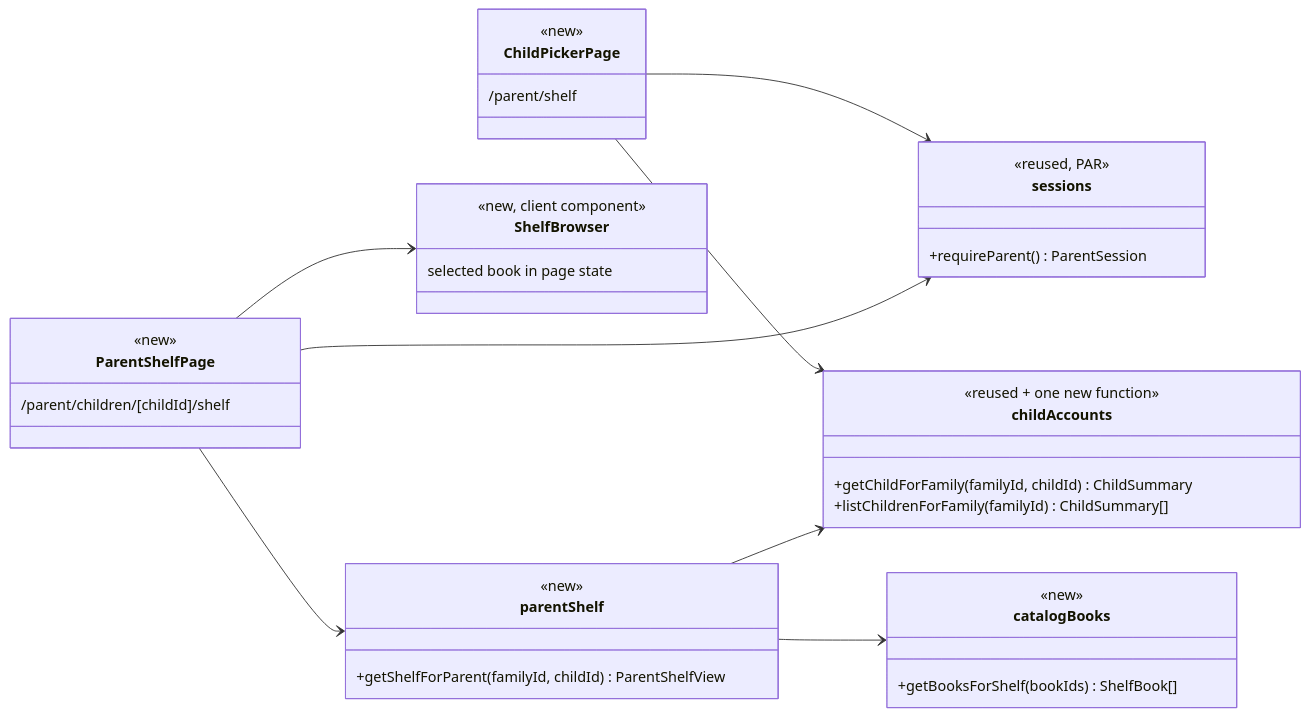
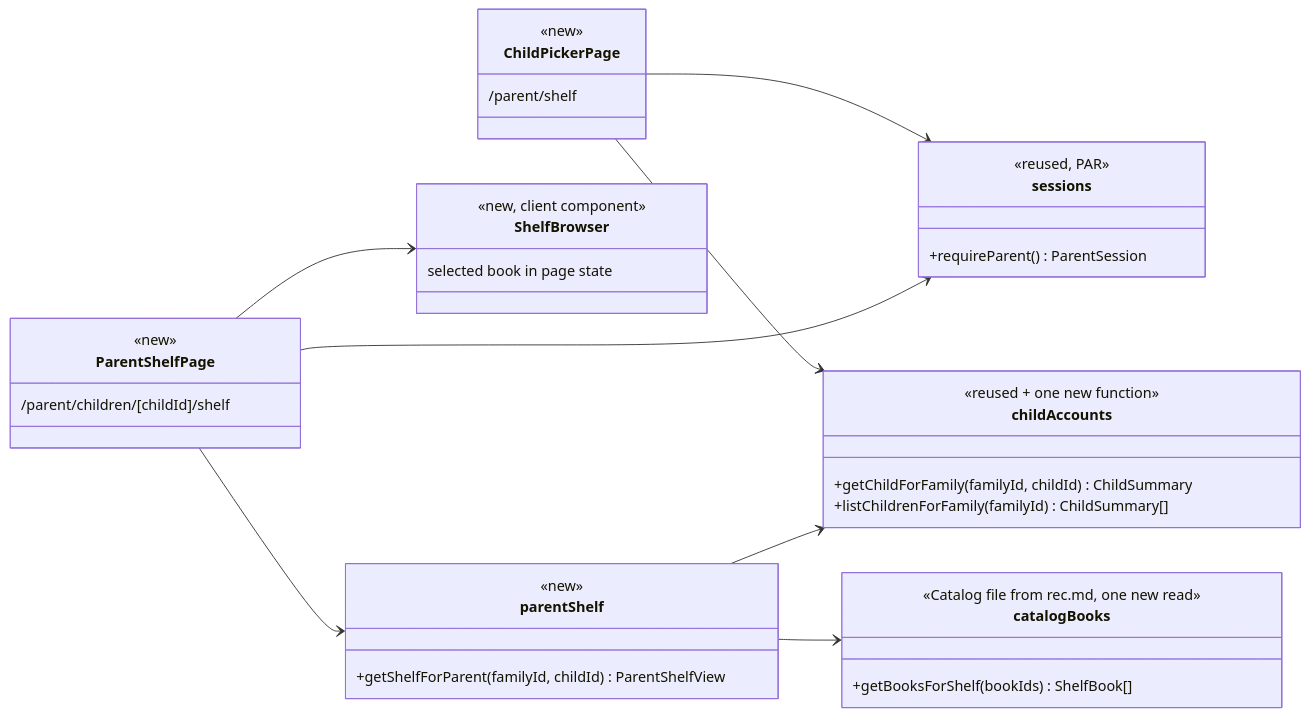
One commit to videogames21/book_buddies changed the first of 3 diagrams in design/shlf.md. Above: the diagram before and after it, drawn with Mermaid. The commit also changed other lines of this file, not shown here.

````diff
--- a/design/shlf.md
+++ b/design/shlf.md
@@ -24,40 +23,40 @@
 ```mermaid
 classDiagram
     direction LR
     class ChildPickerPage {
         <<new>>
         /parent/shelf
     }
     class ParentShelfPage {
         <<new>>
         /parent/children/[childId]/shelf
     }
     class ShelfBrowser {
         <<new, client component>>
         selected book in page state
     }
     class parentShelf {
         <<new>>
         +getShelfForParent(familyId, childId) ParentShelfView
     }
     class childAccounts {
         <<reused + one new function>>
         +getChildForFamily(familyId, childId) ChildSummary
         +listChildrenForFamily(familyId) ChildSummary[]
     }
     class catalogBooks {
-        <<new>>
+        <<Catalog file from rec.md, one new read>>
         +getBooksForShelf(bookIds) ShelfBook[]
     }
     class sessions {
         <<reused, PAR>>
         +requireParent() ParentSession
     }
     ChildPickerPage --> sessions
     ChildPickerPage --> childAccounts
     ParentShelfPage --> sessions
     ParentShelfPage --> parentShelf
     ParentShelfPage --> ShelfBrowser
     parentShelf --> childAccounts
     parentShelf --> catalogBooks
 ```
````
